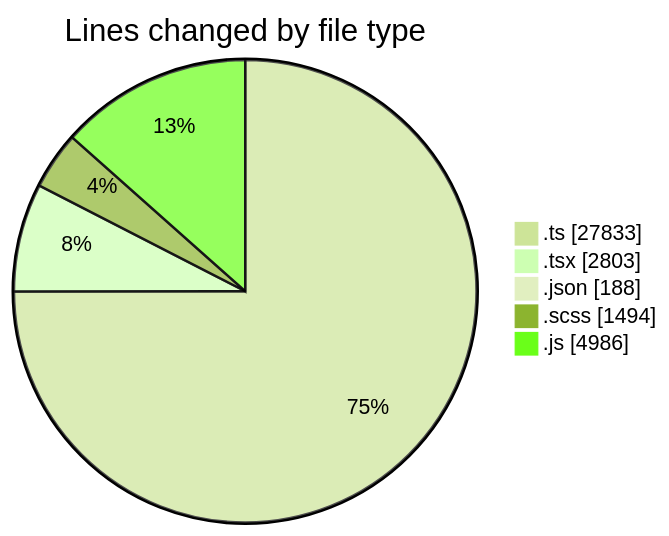
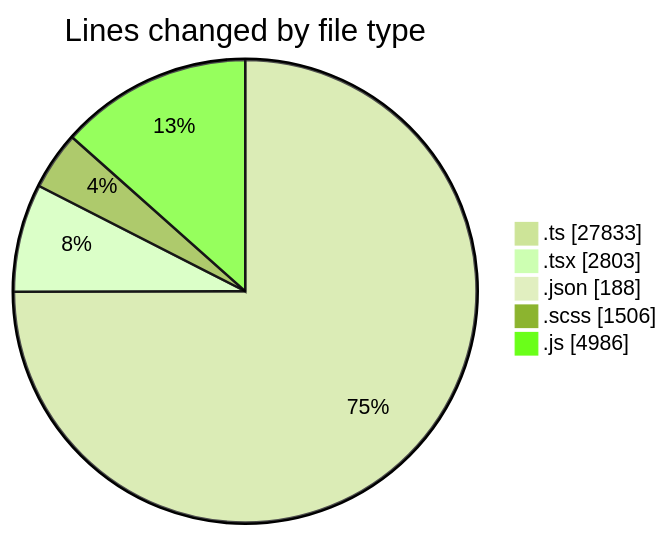
One commit to momahboobian/code-tracking changed the first of 2 diagrams in 2026-05-07/cda/README.md. Above: the diagram before and after it, drawn with Mermaid (forest theme). The commit also changed other lines of this file and 1 other file, not shown here.

````diff
--- a/2026-05-07/cda/README.md
+++ b/2026-05-07/cda/README.md
@@ -52,9 +52,9 @@
 ```mermaid
 pie showData
 title Lines changed by file type
 ".ts" : 27833
 ".tsx" : 2803
 ".json" : 188
-".scss" : 1494
+".scss" : 1506
 ".js" : 4986
 ```
````
